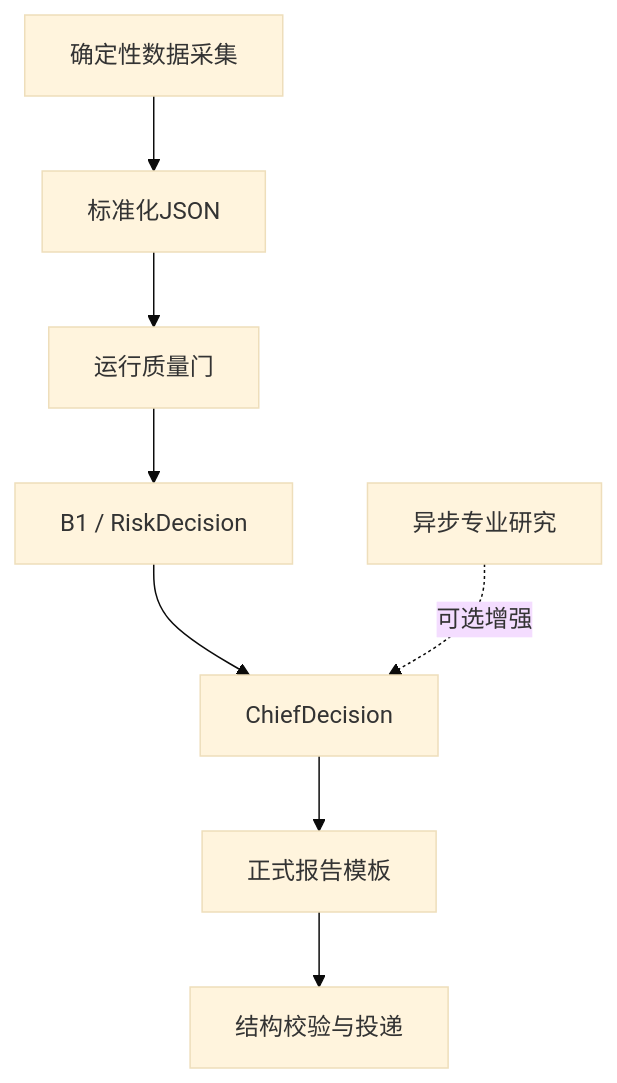
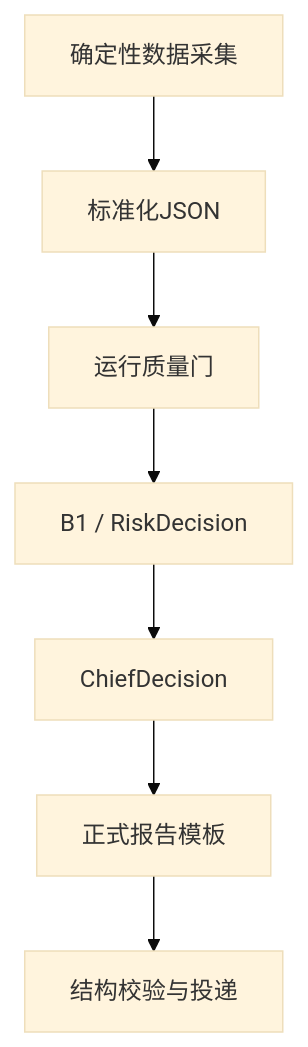
Before and after one commit to littleguohao/Custos: the diagram in README.md, drawn with Mermaid (base theme). The commit also changed other lines of this file and 8 other files, not shown here.

````diff
--- a/README.md
+++ b/README.md
@@ -21,10 +21,9 @@
 ```mermaid
 flowchart TD
     A[确定性数据采集] --> B[标准化JSON]
     B --> C[运行质量门]
     C --> D[B1 / RiskDecision]
     D --> E[ChiefDecision]
     E --> F[正式报告模板]
     F --> G[结构校验与投递]
-    H[异步专业研究] -. 可选增强 .-> E
 ```
````
